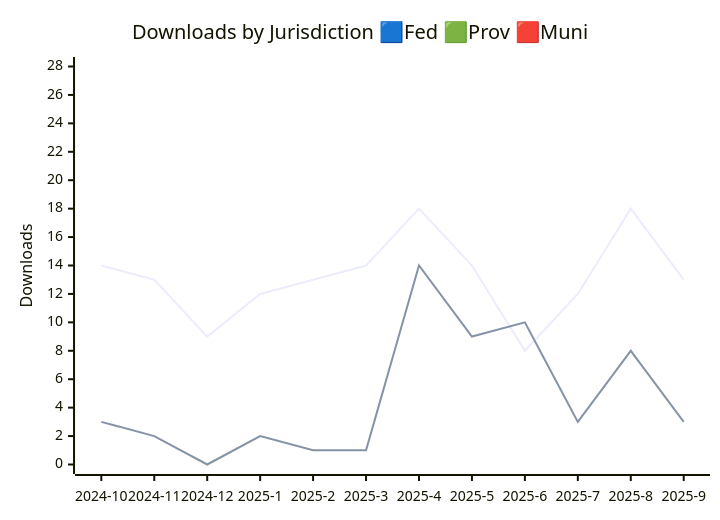
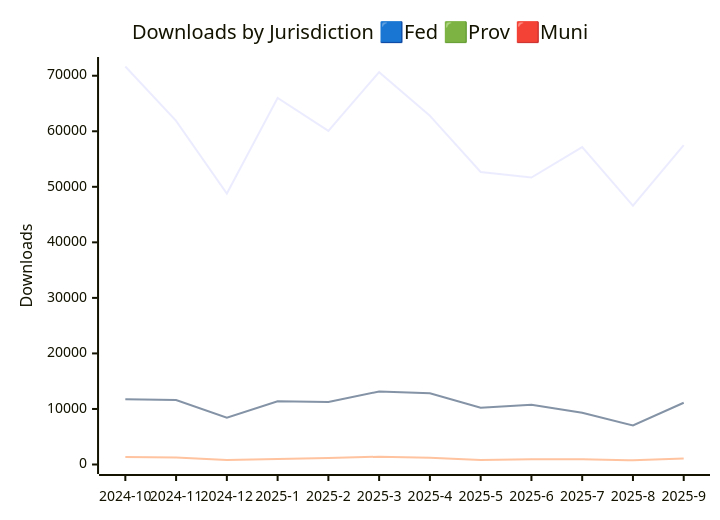
One commit to PatLittle/analytics-corporate-reporting changed the first of 3 diagrams in JURISDICTION_ANALYTICS_REPORT/readme.md. Above: the diagram before and after it, drawn with Mermaid. The commit also changed other lines of this file and 3 other files, not shown here.

````diff
--- a/JURISDICTION_ANALYTICS_REPORT/readme.md
+++ b/JURISDICTION_ANALYTICS_REPORT/readme.md
@@ -14,9 +14,10 @@
 ```mermaid
 
 xychart-beta
     title "Downloads by Jurisdiction 🟦Fed 🟩Prov 🟥Muni"
     x-axis [2024-10, 2024-11, 2024-12, 2025-1, 2025-2, 2025-3, 2025-4, 2025-5, 2025-6, 2025-7, 2025-8, 2025-9]
-    y-axis "Downloads" 0 --> 28
-    line [14, 13, 9, 12, 13, 14, 18, 14, 8, 12, 18, 13]
-    line [3, 2, 0, 2, 1, 1, 14, 9, 10, 3, 8, 3]
+    y-axis "Downloads" 0 --> 71662
+    line [71652, 61879, 48792, 65995, 60076, 70646, 62782, 52661, 51662, 57146, 46588, 57521]
+    line [11749, 11601, 8432, 11381, 11240, 13150, 12842, 10211, 10775, 9311, 7042, 11123]
+    line [1351, 1257, 797, 994, 1163, 1400, 1222, 801, 964, 947, 744, 1077]
 ```
````
